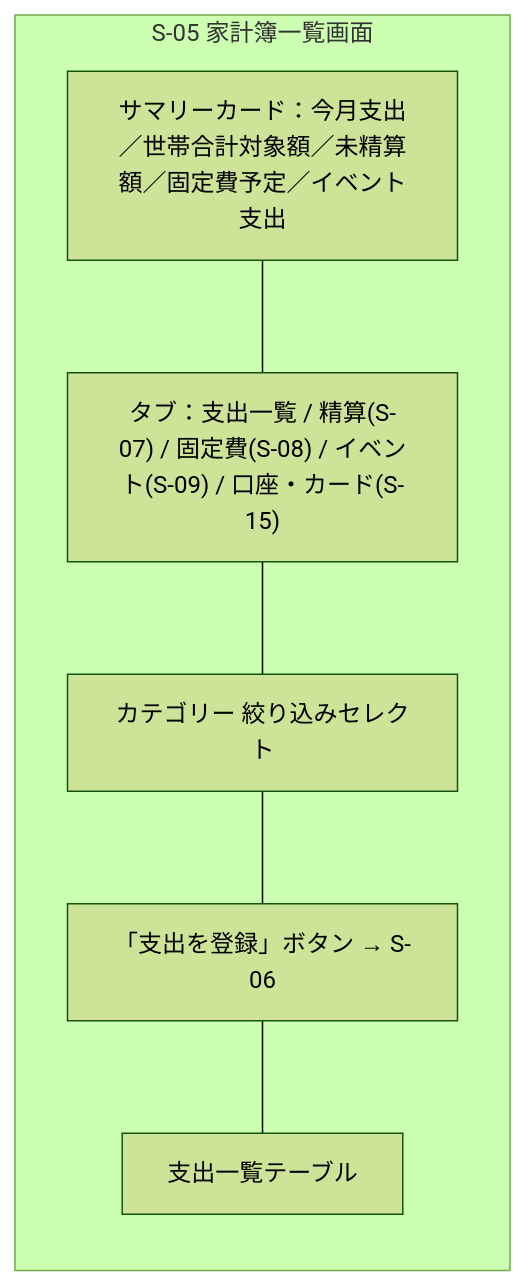
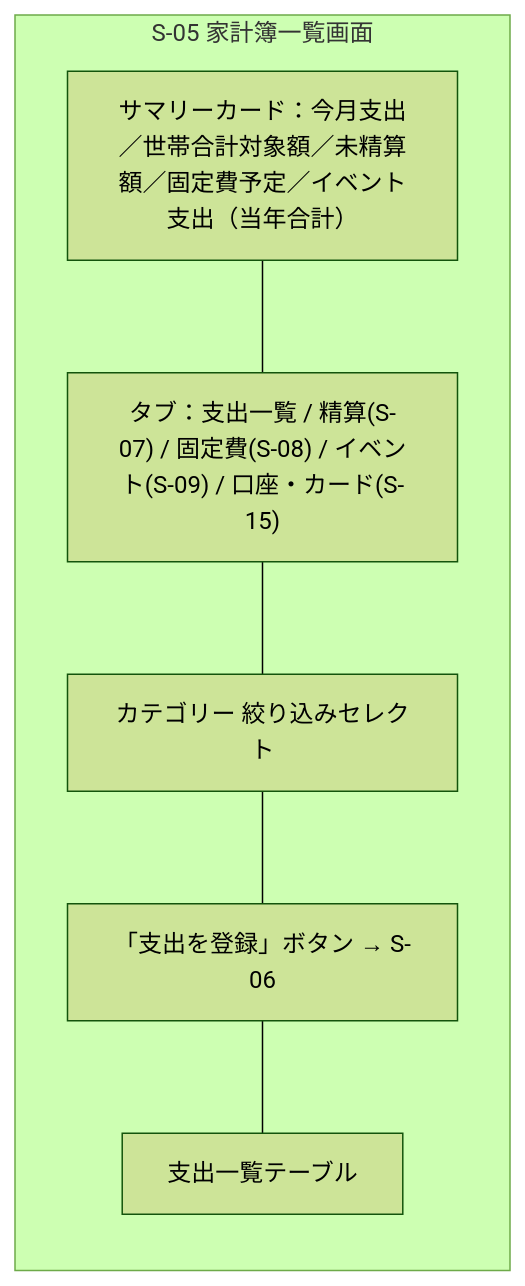
One commit to yamamotonaoki3/HomeLog changed the fifth of 17 diagrams in docs/details/wireframes.md. Above: the diagram before and after it, drawn with Mermaid (forest theme). The commit also changed other lines of this file and 1 other file, not shown here.

````diff
--- a/docs/details/wireframes.md
+++ b/docs/details/wireframes.md
@@ -209,12 +210,12 @@
 ```mermaid
 flowchart TD
     subgraph Screen["S-05 家計簿一覧画面"]
         direction TB
-        Summary["サマリーカード：今月支出／世帯合計対象額／未精算額／固定費予定／イベント支出"]
+        Summary["サマリーカード：今月支出／世帯合計対象額／未精算額／固定費予定／イベント支出（当年合計）"]
         Tabs["タブ：支出一覧 / 精算(S-07) / 固定費(S-08) / イベント(S-09) / 口座・カード(S-15)"]
         Filter["カテゴリー 絞り込みセレクト"]
         AddBtn["「支出を登録」ボタン → S-06"]
         List["支出一覧テーブル"]
     end
     Summary --- Tabs --- Filter --- AddBtn --- List
 ```
````
